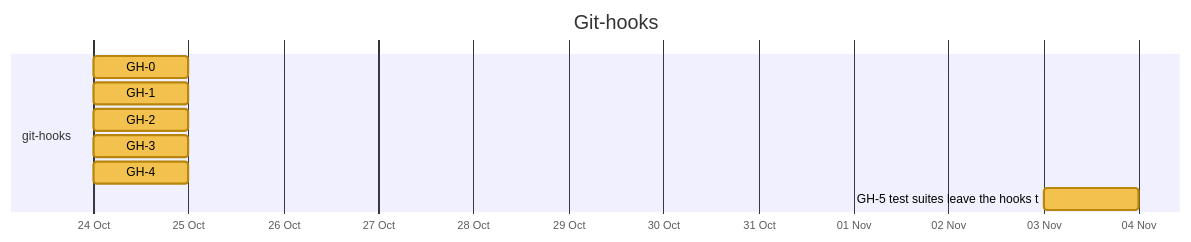
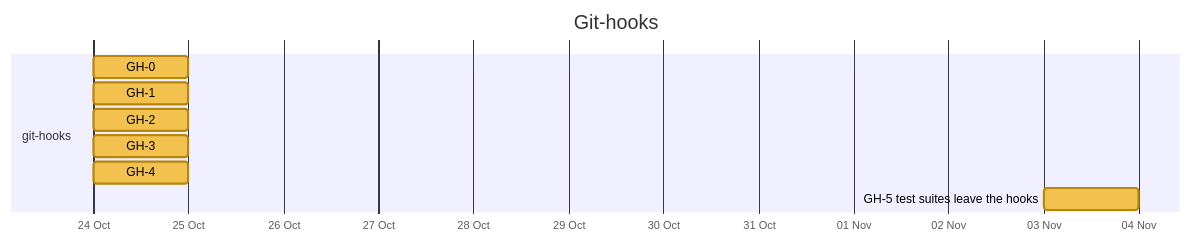
Before and after one commit to nebularis/lattice: the seventh of 26 diagrams in docs/developer/ROADMAP.md, drawn with Mermaid. The commit also changed other lines of this file and 7 other files, not shown here.

First line of the commit message:
Pin Vyvid v0.2.7: the GIT_DIR workaround removed, TD-143 and TD-144 closed, the roadmap regenerated

````diff
--- a/docs/developer/ROADMAP.md
+++ b/docs/developer/ROADMAP.md
@@ -266,14 +266,14 @@
 ```mermaid
 %%{init: {"themeVariables": {"taskBkgColor": "#f2c14e", "taskBorderColor": "#b8860b", "taskTextColor": "#000000", "activeTaskBkgColor": "#4e9af1", "activeTaskBorderColor": "#1f5fbf", "activeTaskBorderColor": "#1f5fbf", "doneTaskBkgColor": "#8fcf8f", "doneTaskBorderColor": "#2f7d32", "critBkgColor": "#f28b82", "critBorderColor": "#b23a30", "taskTextDarkColor": "#000000", "taskTextLightColor": "#000000"}}}%%
 gantt
     title Git-hooks
     dateFormat YYYY-MM-DD
     axisFormat %d %b
     section git-hooks
     GH-0 :gh0, 2026-10-24, 2026-10-25
     GH-1 :gh1, 2026-10-24, 2026-10-25
     GH-2 :gh2, 2026-10-24, 2026-10-25
     GH-3 :gh3, 2026-10-24, 2026-10-25
     GH-4 :gh4, 2026-10-24, 2026-10-25
-    GH-5 test suites leave the hooks t :gh5, 2026-11-03, 2026-11-04
+    GH-5 test suites leave the hooks :gh5, 2026-11-03, 2026-11-04
 ```
````
